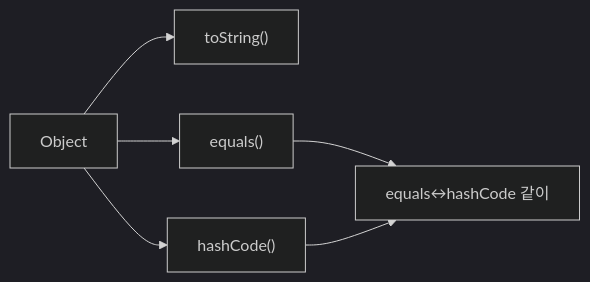
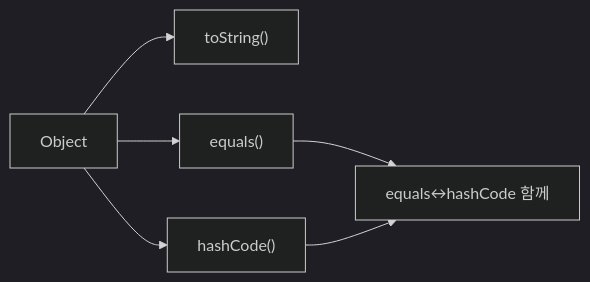
One commit to yjkim2015/yjkim2015.github.io changed the sixth of 6 diagrams in _posts/java/2026-05-01-java-object-class.md. Above: the diagram before and after it, drawn with Mermaid (dark theme). The commit also changed other lines of this file and 245 other files, not shown here.

First line of the commit message:
Mermaid 다이어그램 전면 수정 + 면접 포인트 접기/펼치기 + DB 데드락 페이지

````diff
--- a/_posts/java/2026-05-01-java-object-class.md
+++ b/_posts/java/2026-05-01-java-object-class.md
@@ -692,8 +690,8 @@
 ```mermaid
 graph LR
     OBJECT["Object"] --> TOSTRING["toString()"]
     OBJECT --> EQUALS["equals()"]
     OBJECT --> HASHCODE["hashCode()"]
-    EQUALS --> GOLDEN["equals↔hashCode 같이"]
+    EQUALS --> GOLDEN["equals↔hashCode 함께"]
     HASHCODE --> GOLDEN
 ```
````
